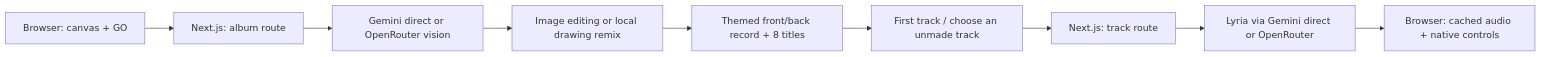
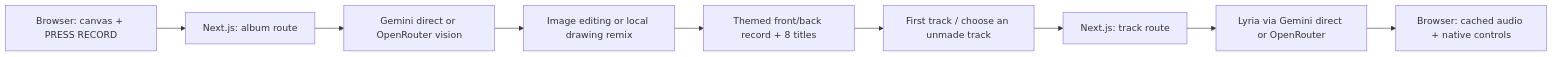
Before and after one commit to oliverseges/DrawCover: the diagram in README.md, drawn with Mermaid. The commit also changed other lines of this file and 43 other files, not shown here.

````diff
--- a/README.md
+++ b/README.md
@@ -203,11 +221,11 @@
 ```mermaid
 flowchart LR
-    Draw["Browser: canvas + GO"] --> Album["Next.js: album route"]
+    Draw["Browser: canvas + PRESS RECORD"] --> Album["Next.js: album route"]
     Album --> Details["Gemini direct or OpenRouter vision"]
     Details --> Cover["Image editing or local drawing remix"]
     Cover --> Record["Themed front/back record + 8 titles"]
     Record --> Play["First track / choose an unmade track"]
     Play --> Music["Next.js: track route"]
     Music --> Lyria["Lyria via Gemini direct or OpenRouter"]
     Lyria --> Player["Browser: cached audio + native controls"]
 ```
````
